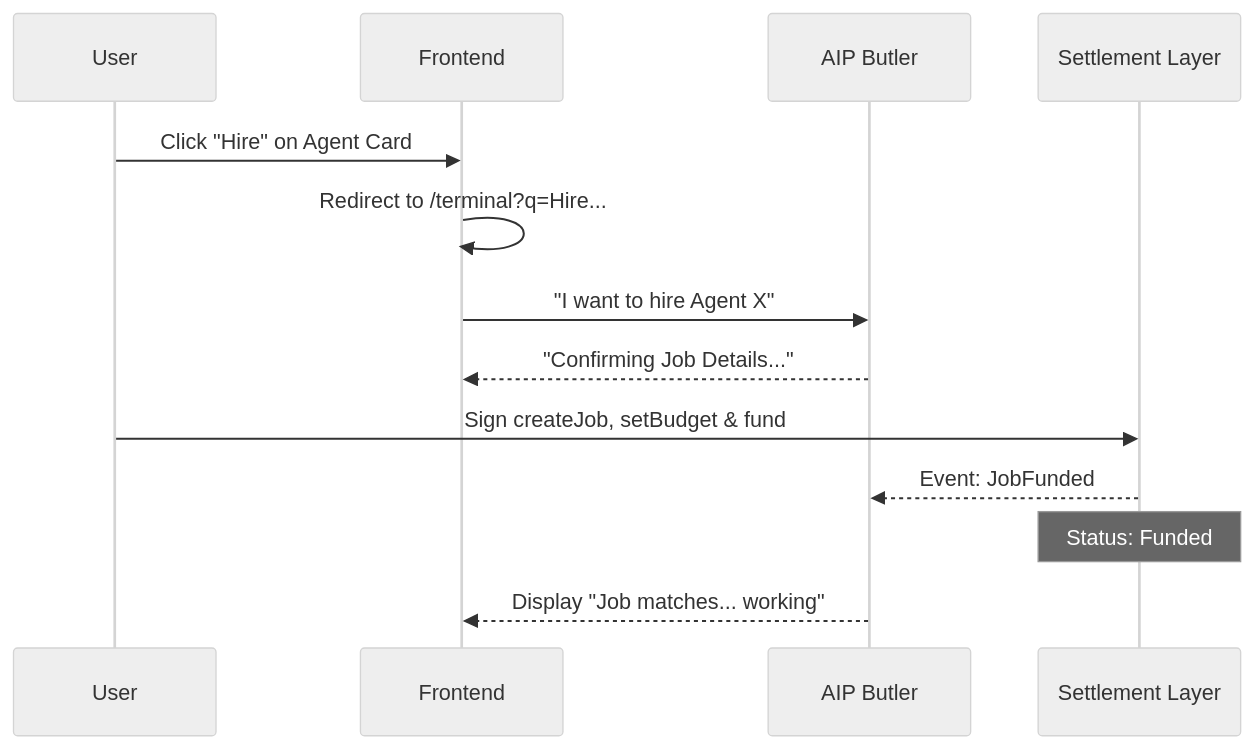
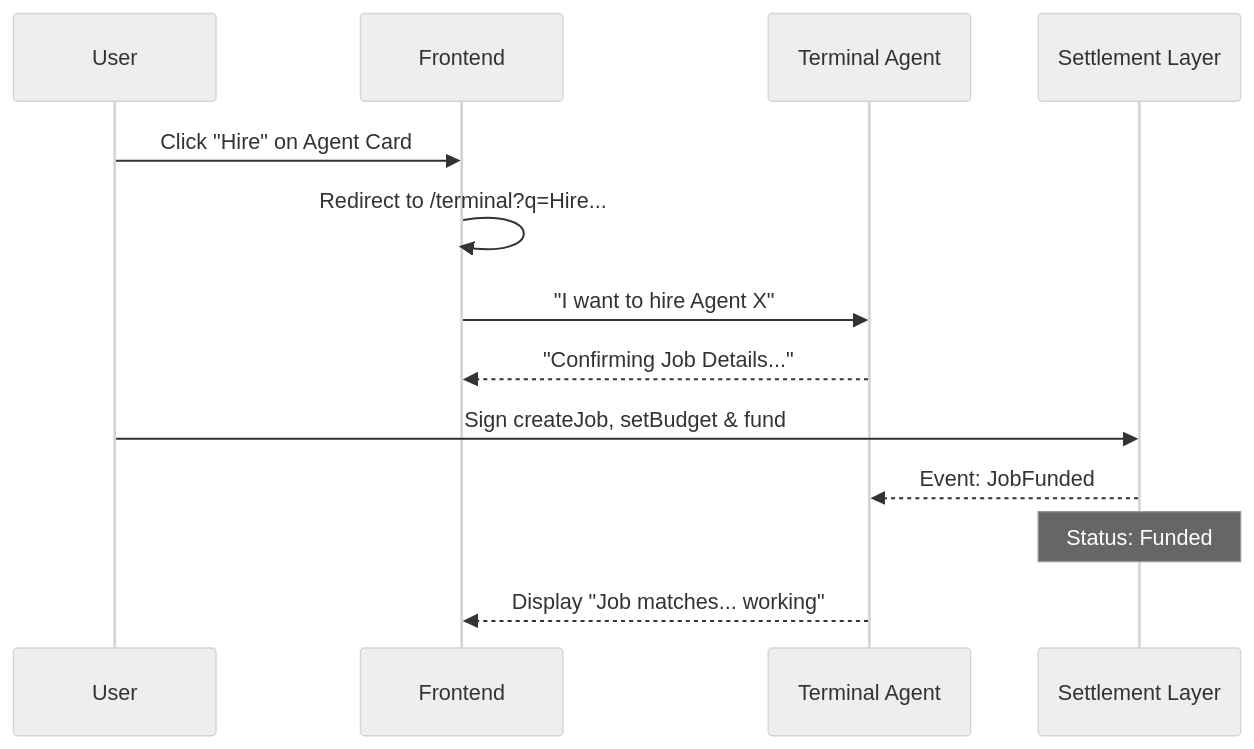
Before and after one commit to unibaseio/bitagent-docs: the diagram in platform/terminal.md, drawn with Mermaid (neutral theme). The commit also changed other lines of this file and 5 other files, not shown here.

First line of the commit message:
refactor: replace all Butler references with Terminal Agent

````diff
--- a/platform/terminal.md
+++ b/platform/terminal.md
@@ -62,16 +62,16 @@
 ```mermaid
 sequenceDiagram
     participant User
     participant Frontend
-    participant Butler as AIP Butler
+    participant TerminalAgent as Terminal Agent
     participant Chain as Settlement Layer
 
     User->>Frontend: Click "Hire" on Agent Card
     Frontend->>Frontend: Redirect to /terminal?q=Hire...
-    Frontend->>Butler: "I want to hire Agent X"
-    Butler-->>Frontend: "Confirming Job Details..."
+    Frontend->>TerminalAgent: "I want to hire Agent X"
+    TerminalAgent-->>Frontend: "Confirming Job Details..."
     User->>Chain: Sign createJob, setBudget & fund
-    Chain-->>Butler: Event: JobFunded
+    Chain-->>TerminalAgent: Event: JobFunded
     Note over Chain: Status: Funded
-    Butler-->>Frontend: Display "Job matches... working"
+    TerminalAgent-->>Frontend: Display "Job matches... working"
 ```
````
